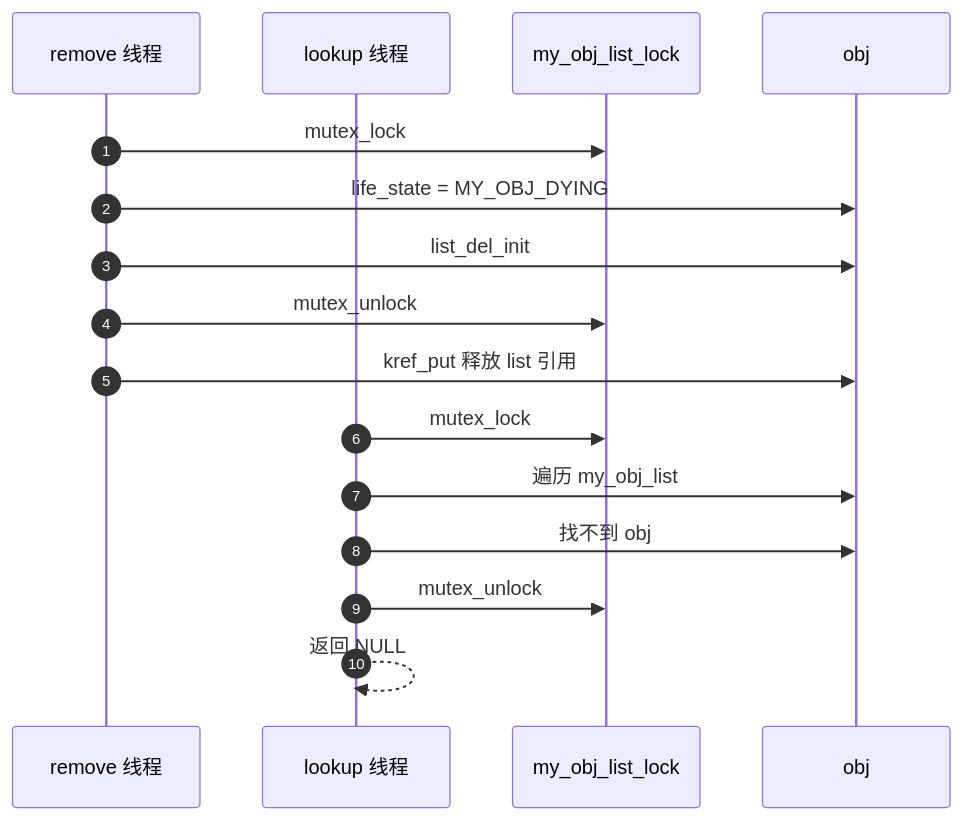
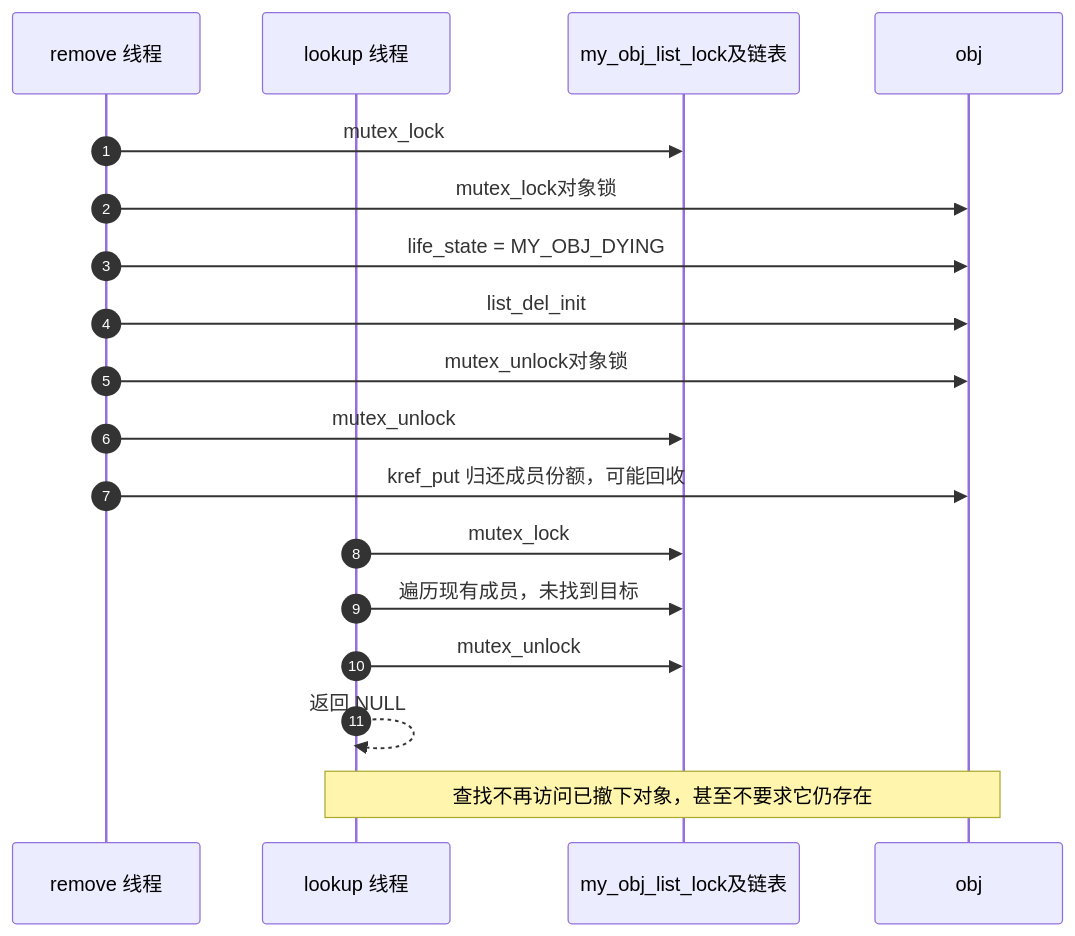
The seventh of 13 diagrams in knowledge/linux/object_lifetime/kref/P09_kref_与锁的组合.md (FormingSystem/linux_note), drawn with Mermaid before and after one commit. The commit also changed other lines of this file, not shown here.

First line of the commit message:
content(knowledge/kref): 澄清锁组合的成员份额与保护接续

````diff
--- a/knowledge/linux/object_lifetime/kref/P09_kref_与锁的组合.md
+++ b/knowledge/linux/object_lifetime/kref/P09_kref_与锁的组合.md
@@ -1149,20 +987,22 @@
 ```mermaid
 sequenceDiagram
     autonumber
     participant R as remove 线程
     participant L as lookup 线程
-    participant Lock as my_obj_list_lock
+    participant Lock as my_obj_list_lock及链表
     participant Obj as obj
 
     R->>Lock: mutex_lock
+    R->>Obj: mutex_lock对象锁
     R->>Obj: life_state = MY_OBJ_DYING
     R->>Obj: list_del_init
+    R->>Obj: mutex_unlock对象锁
     R->>Lock: mutex_unlock
-    R->>Obj: kref_put 释放 list 引用
+    R->>Obj: kref_put 归还成员份额，可能回收
 
     L->>Lock: mutex_lock
-    L->>Obj: 遍历 my_obj_list
-    L->>Obj: 找不到 obj
+    L->>Lock: 遍历现有成员，未找到目标
     L->>Lock: mutex_unlock
     L-->>L: 返回 NULL
+    Note over L,Obj: 查找不再访问已撤下对象，甚至不要求它仍存在
 ```
````
